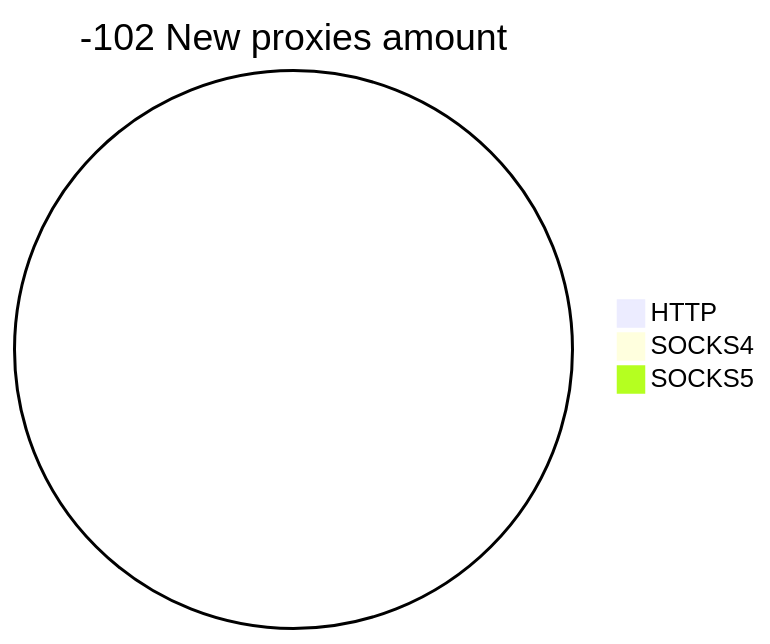
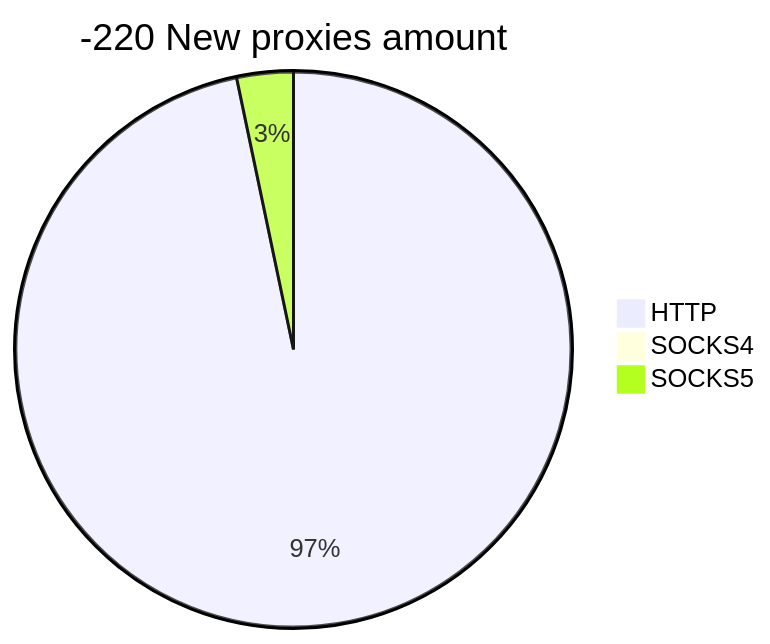
Before and after one commit to cutipu/proxylist: the second of 2 diagrams in README.md, drawn with Mermaid. The commit also changed other lines of this file, not shown here.

````diff
--- a/README.md
+++ b/README.md
@@ -10,6 +10,6 @@
 ```mermaid
-pie title -102 New proxies amount
-    "HTTP" : 0
+pie title -220 New proxies amount
+    "HTTP" : 206
     "SOCKS4" : 0
-    "SOCKS5" : 0
+    "SOCKS5" : 7
 ```
````
